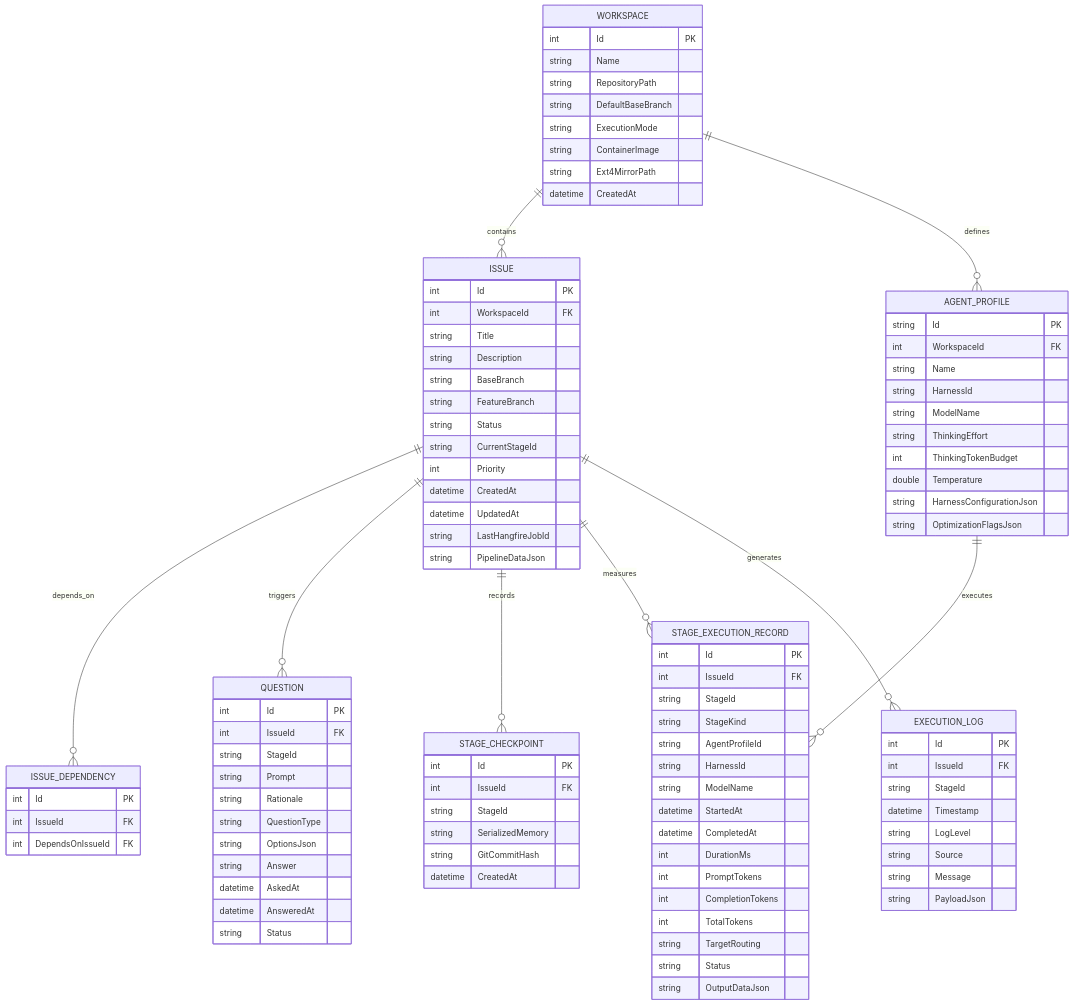
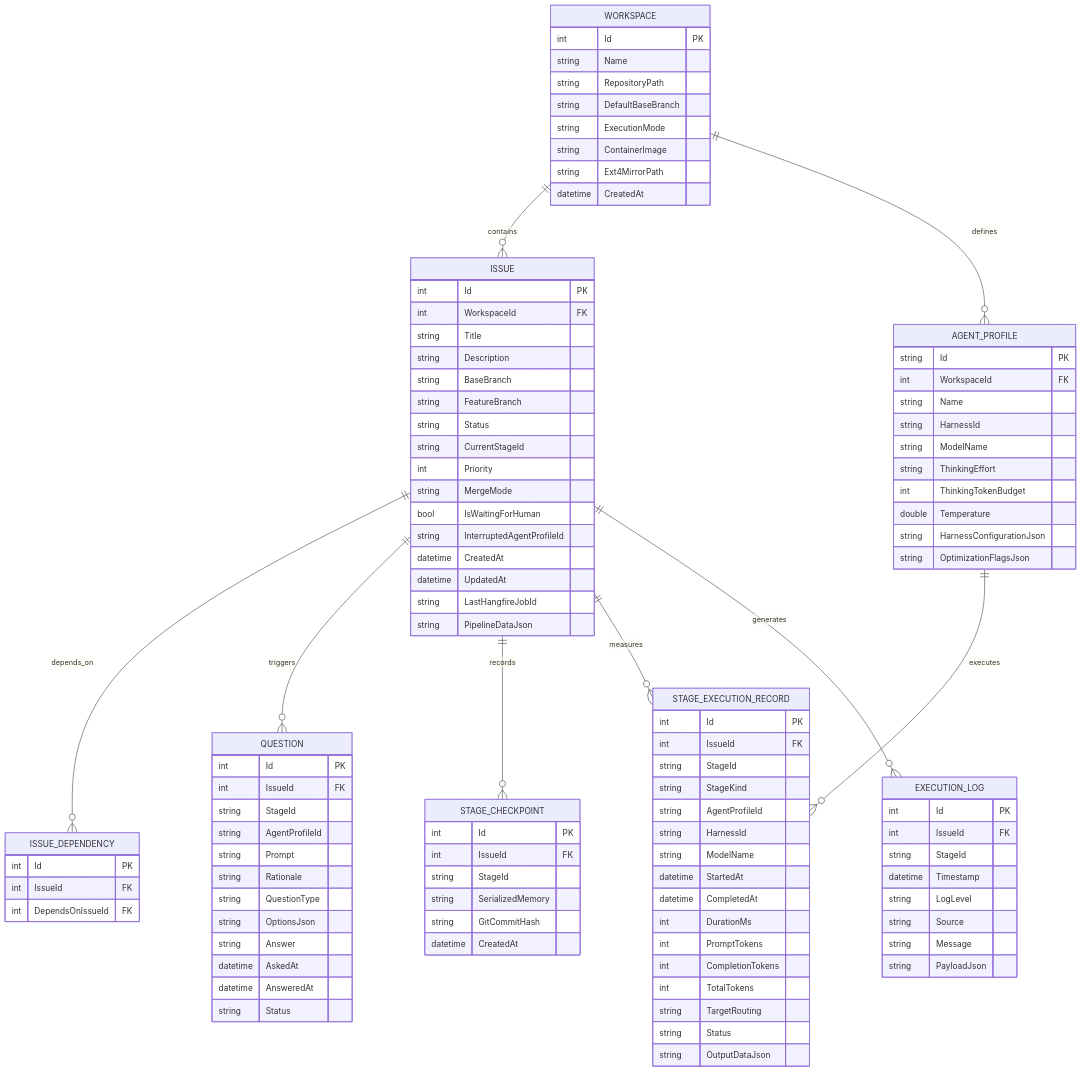
Diagram 16 of 19 in docs/ARCHITECTURE.md (jetelain/NightCodeForge), drawn with Mermaid before and after one commit. The commit also changed other lines of this file and 6 other files, not shown here.

```diff
--- a/docs/ARCHITECTURE.md
+++ b/docs/ARCHITECTURE.md
@@ -1083,6 +1165,9 @@
         string Status
         string CurrentStageId
         int Priority
+        string MergeMode
+        bool IsWaitingForHuman
+        string InterruptedAgentProfileId
         datetime CreatedAt
         datetime UpdatedAt
         string LastHangfireJobId
@@ -1099,6 +1184,7 @@
         int Id PK
         int IssueId FK
         string StageId
+        string AgentProfileId
         string Prompt
         string Rationale
         string QuestionType
```
